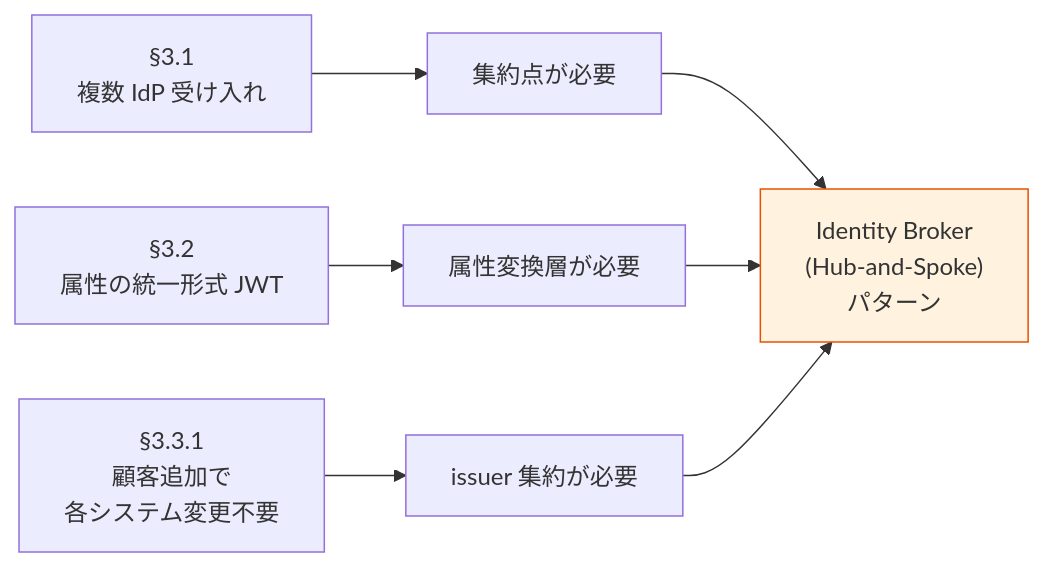
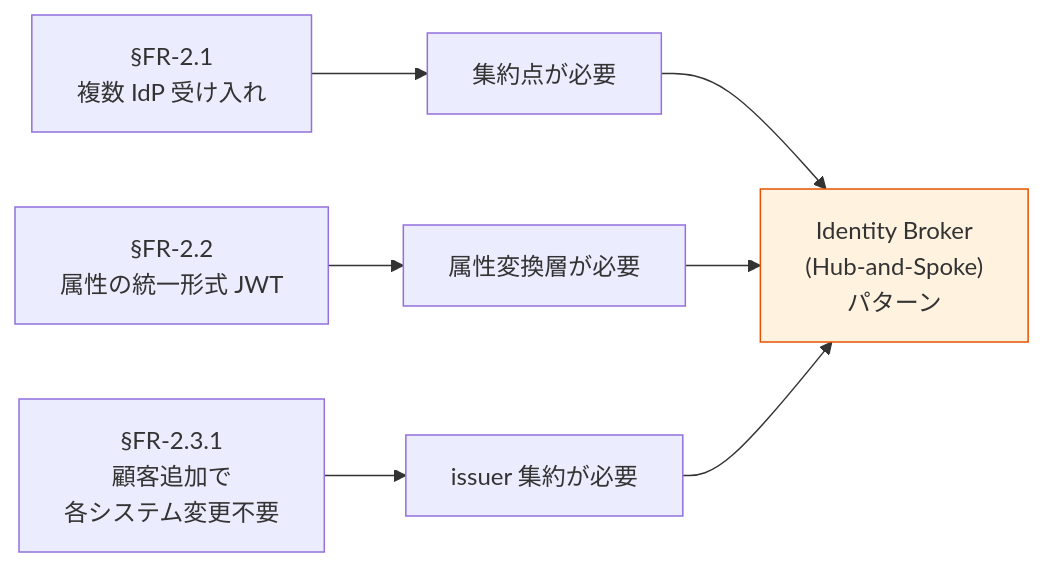
One commit to suepie/aws-atuh-poc changed the third of 6 diagrams in doc/requirements/proposal/common/01-architecture.md. Above: the diagram before and after it, drawn with Mermaid. The commit also changed other lines of this file and 30 other files, not shown here.

````diff
--- a/doc/requirements/proposal/common/01-architecture.md
+++ b/doc/requirements/proposal/common/01-architecture.md
@@ -121,12 +121,12 @@
 ```mermaid
 flowchart LR
-    R1["§3.1<br/>複数 IdP 受け入れ"] --> D1["集約点が必要"]
-    R2["§3.2<br/>属性の統一形式 JWT"] --> D2["属性変換層が必要"]
-    R3["§3.3.1<br/>顧客追加で<br/>各システム変更不要"] --> D3["issuer 集約が必要"]
+    R1["§FR-2.1<br/>複数 IdP 受け入れ"] --> D1["集約点が必要"]
+    R2["§FR-2.2<br/>属性の統一形式 JWT"] --> D2["属性変換層が必要"]
+    R3["§FR-2.3.1<br/>顧客追加で<br/>各システム変更不要"] --> D3["issuer 集約が必要"]
 
     D1 --> Conclusion["Identity Broker<br/>(Hub-and-Spoke)<br/>パターン"]
     D2 --> Conclusion
     D3 --> Conclusion
 
     style Conclusion fill:#fff3e0,stroke:#e65100
 ```
````
